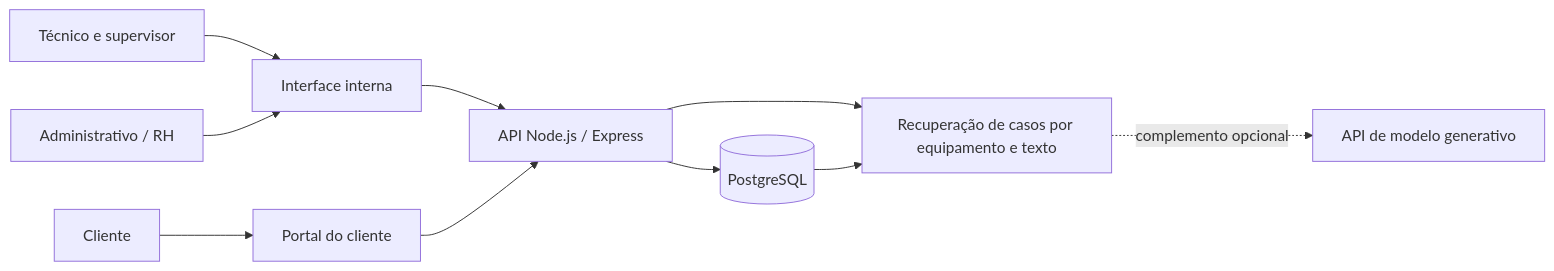
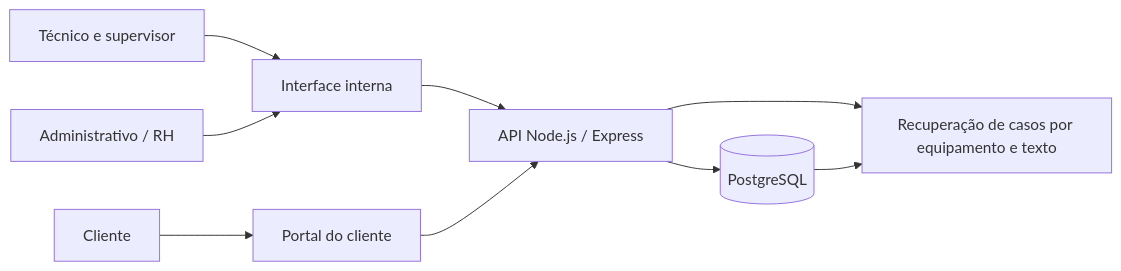
One commit to andradehub/fieldiqv1 changed the diagram in README.md. Above: the diagram before and after it, drawn with Mermaid. The commit also changed other lines of this file and 42 other files, not shown here.

````diff
--- a/README.md
+++ b/README.md
@@ -419,12 +412,11 @@
 ```mermaid
 flowchart LR
   T[Técnico e supervisor] --> I[Interface interna]
   A[Administrativo / RH] --> I
   C[Cliente] --> P[Portal do cliente]
   I --> API[API Node.js / Express]
   P --> API
   API --> DB[(PostgreSQL)]
   API --> R[Recuperação de casos por equipamento e texto]
   DB --> R
-  R -. complemento opcional .-> G[API de modelo generativo]
 ```
````
